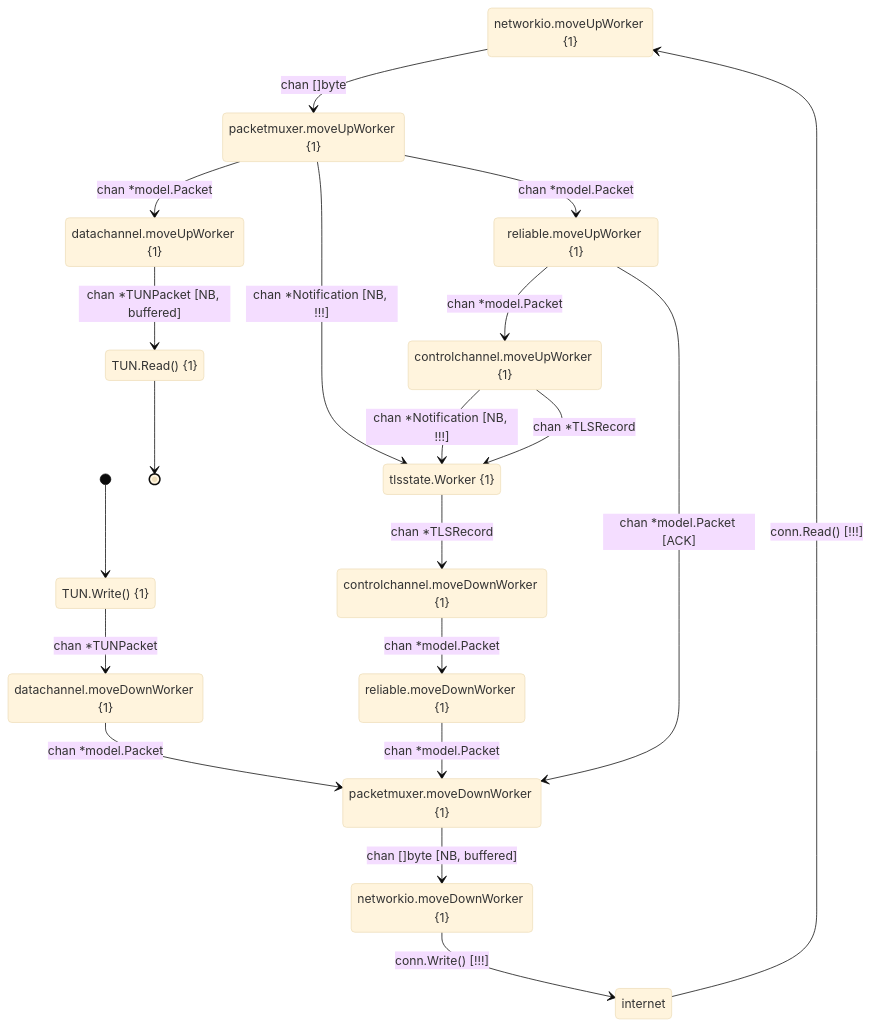
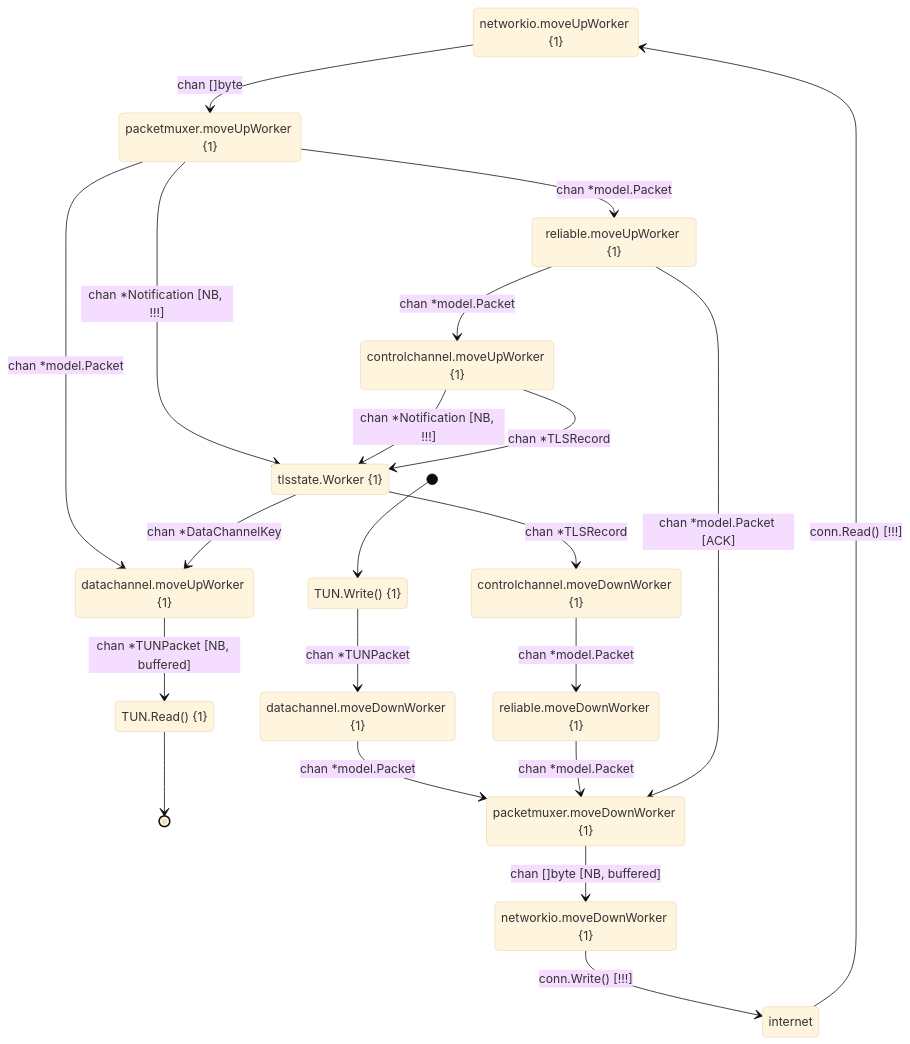
Before and after one commit to ooni/minivpn: the second of 2 diagrams in ARCHITECTURE.md, drawn with Mermaid (base theme).

Commit message:
feat: tentatively pass the keys to one of the data channel workers

````diff
--- a/ARCHITECTURE.md
+++ b/ARCHITECTURE.md
@@ -66,39 +66,40 @@
 ```mermaid
 stateDiagram
     state "networkio.moveUpWorker {1}" as nioUp
     state "packetmuxer.moveUpWorker {1}" as pmUp
     state "datachannel.moveUpWorker {1}" as dcUp
     state "reliable.moveUpWorker {1}" as relUp
     state "controlchannel.moveUpWorker {1}" as ccUp
     state "tlsstate.Worker {1}" as tlsWorker
     state "TUN.Read() {1}" as tunRead
 
     nioUp --> pmUp: chan []byte
     pmUp --> dcUp: chan *model.Packet
     pmUp --> relUp: chan *model.Packet
     relUp --> ccUp: chan *model.Packet
     dcUp --> tunRead: chan *TUNPacket [NB, buffered]
     pmUp --> tlsWorker: chan *Notification [NB, !!!]
     ccUp --> tlsWorker: chan *Notification [NB, !!!]
     ccUp --> tlsWorker: chan *TLSRecord
     tunRead --> [*]
 
     state "networkio.moveDownWorker {1}" as nioDown
     state "datachannel.moveDownWorker {1}" as dcDown
     state "packetmuxer.moveDownWorker {1}" as pmDown
     state "controlchannel.moveDownWorker {1}" as ccDown
     state "TUN.Write() {1}" as tunWrite
     state "reliable.moveDownWorker {1}" as relDown
 
     tunWrite --> dcDown: chan *TUNPacket
     dcDown --> pmDown: chan *model.Packet
     pmDown --> nioDown: chan []byte [NB, buffered]
     ccDown --> relDown: chan *model.Packet
     relDown --> pmDown: chan *model.Packet
     tlsWorker --> ccDown: chan *TLSRecord
     relUp --> pmDown: chan *model.Packet [ACK]
     [*] --> tunWrite
+    tlsWorker --> dcUp: chan *DataChannelKey
 
     nioDown --> internet: conn.Write() [!!!]
     internet --> nioUp: conn.Read() [!!!]
 ```
````
